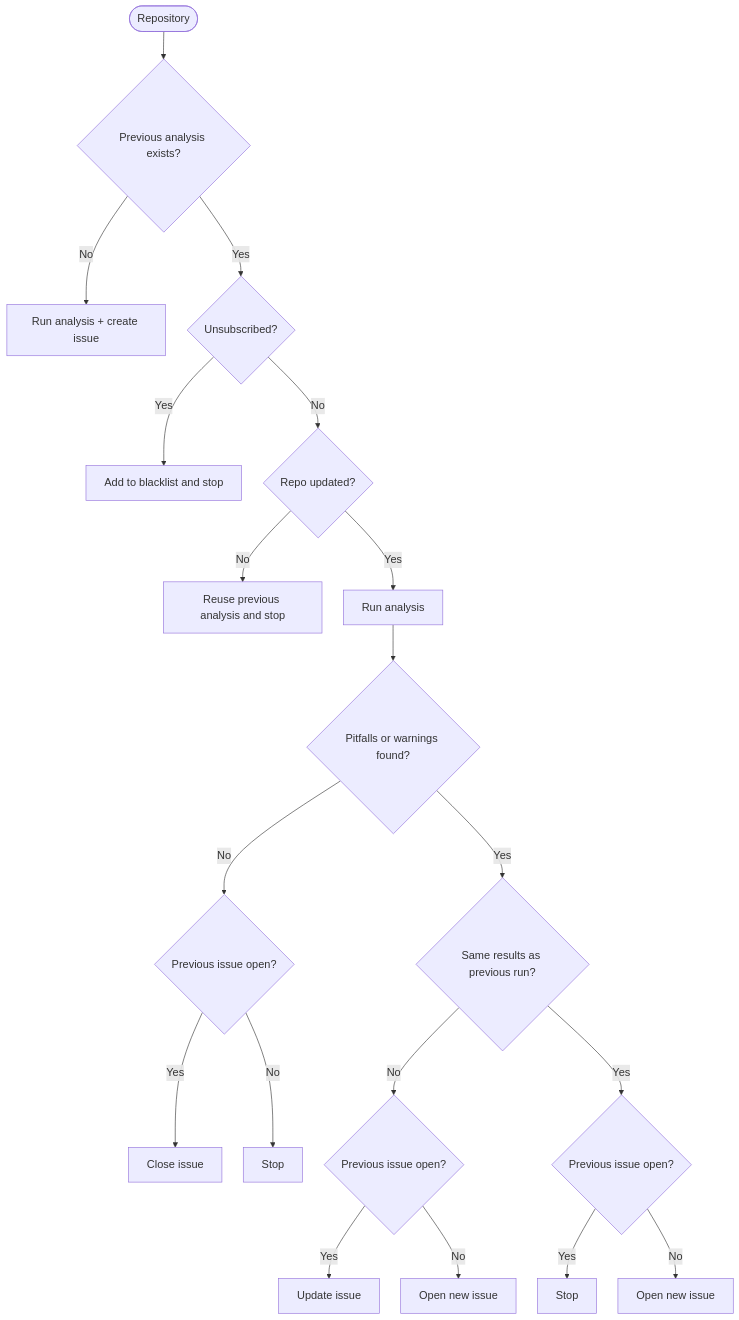
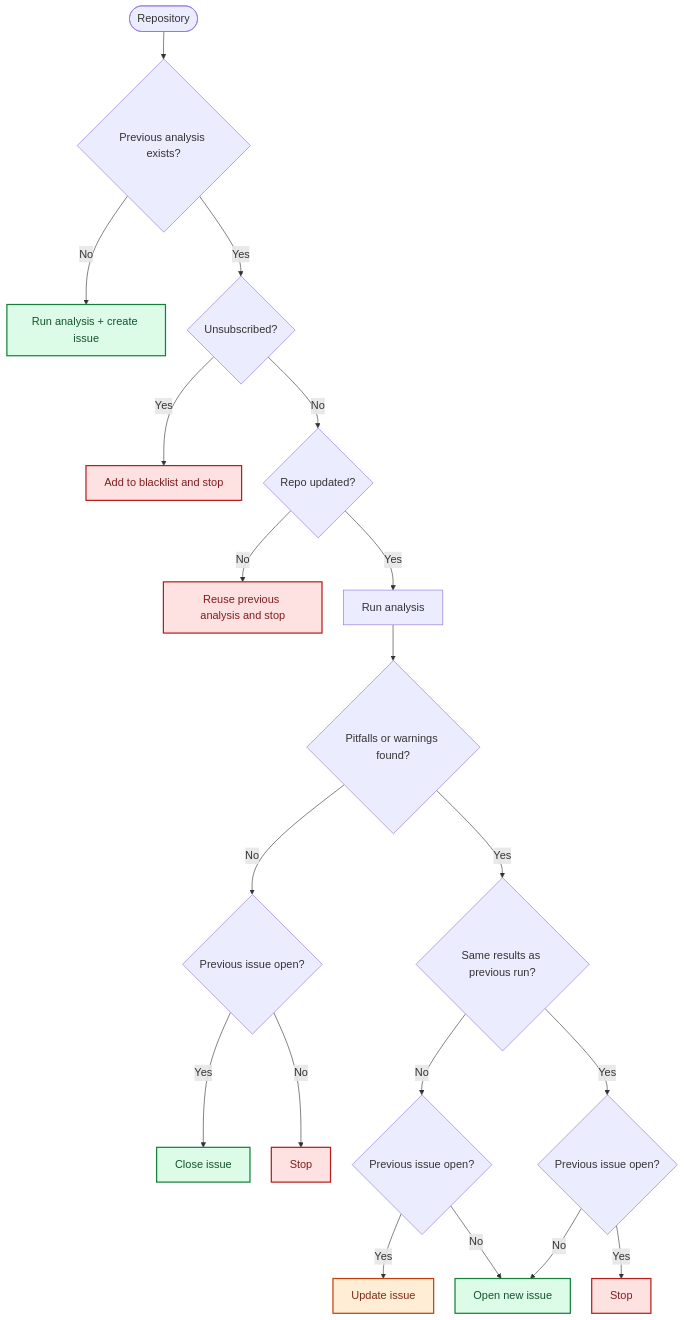
The diagram in docs/usage.rst (Anas-Elhounsri/sw-metadata-bot), drawn with Mermaid before and after one commit. The commit also changed 2 other files, not shown here.

Commit message:
adds custom.css to have mermaid diagram full width (#92)
* adds custom.css to have mermaid diagram full width

* max page width

* make mermaid diagram full width and adds colors

```diff
--- a/docs/usage.rst
+++ b/docs/usage.rst
@@ -143,40 +143,56 @@
 .. mermaid::
+   :name: issue_decision_tree
+   :align: center
 
    %%{init: {
      "flowchart": {
        "htmlLabels": true,
        "useMaxWidth": true,
        "nodeSpacing": 35,
        "rankSpacing": 45
      },
      "themeVariables": {
        "fontSize": "18px"
      }
    }}%%
    flowchart TB
        repo([Repository]) --> prev{Previous analysis exists?}
 
        prev -- No --> full[Run analysis + create issue]
 
        prev -- Yes --> unsub{Unsubscribed?}
        unsub -- Yes --> blacklist[Add to blacklist and stop]
 
        unsub -- No --> updated{Repo updated?}
        updated -- No --> copy[Reuse previous analysis and stop]
 
        updated -- Yes --> run[Run analysis]
        run --> warn{Pitfalls or warnings found?}
 
        warn -- No --> openNoWarn{Previous issue open?}
        openNoWarn -- Yes --> close[Close issue]
        openNoWarn -- No --> stop1[Stop]
 
        warn -- Yes --> same{Same results as previous run?}
 
        same -- No --> openA{Previous issue open?}
        openA -- Yes --> update[Update issue]
        openA -- No --> newA[Open new issue]
 
        same -- Yes --> openB{Previous issue open?}
        openB -- Yes --> stop2[Stop]
-       openB -- No --> newB[Open new issue]
+       openB -- No --> newA[Open new issue]
+
+      classDef orange fill:#ffedd5,stroke:#c2410c,color:#7c2d12,stroke-width:2px;
+      classDef green fill:#dcfce7,stroke:#15803d,color:#14532d,stroke-width:2px;
+      classDef red fill:#fee2e2,stroke:#b91c1c,color:#7f1d1d,stroke-width:2px;
+
+
+      class full green;
+      class blacklist red;
+      class copy red;
+      class close green;
+      class stop1 red;
+      class update orange;
+      class newA green;
+      class stop2 red;
```
